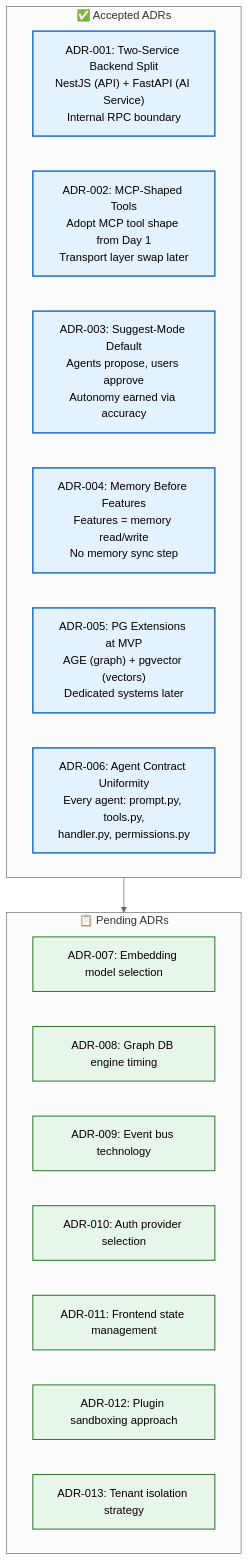
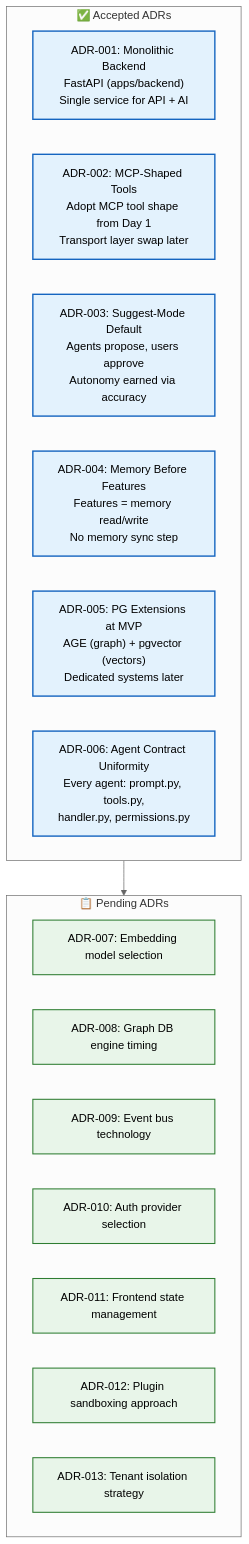
One commit to Driftloom/Vaeloom changed the diagram in docs/architecture/03-adrs.md. Above: the diagram before and after it, drawn with Mermaid (neutral theme). The commit also changed other lines of this file and 159 other files, not shown here.

````diff
--- a/docs/architecture/03-adrs.md
+++ b/docs/architecture/03-adrs.md
@@ -20,29 +30,29 @@
 ```mermaid
 graph TD
     classDef current fill:#e3f2fd,stroke:#1565c0,color:#000,stroke-width:2px
     classDef pending fill:#e8f5e9,stroke:#2e7d32,color:#000,stroke-width:1.5px
 
     subgraph Accepted["✅ Accepted ADRs"]
-        A1["ADR-001: Two-Service Backend Split<br/>NestJS (API) + FastAPI (AI Service)<br/>Internal RPC boundary"]
+        A1["ADR-001: Monolithic Backend<br/>FastAPI (apps/backend)<br/>Single service for API + AI"]
         A2["ADR-002: MCP-Shaped Tools<br/>Adopt MCP tool shape from Day 1<br/>Transport layer swap later"]
         A3["ADR-003: Suggest-Mode Default<br/>Agents propose, users approve<br/>Autonomy earned via accuracy"]
         A4["ADR-004: Memory Before Features<br/>Features = memory read/write<br/>No memory sync step"]
         A5["ADR-005: PG Extensions at MVP<br/>AGE (graph) + pgvector (vectors)<br/>Dedicated systems later"]
         A6["ADR-006: Agent Contract Uniformity<br/>Every agent: prompt.py, tools.py,<br/>handler.py, permissions.py"]
     end
 
     subgraph Pending["📋 Pending ADRs"]
         P1["ADR-007: Embedding model selection"]
         P2["ADR-008: Graph DB engine timing"]
         P3["ADR-009: Event bus technology"]
         P4["ADR-010: Auth provider selection"]
         P5["ADR-011: Frontend state management"]
         P6["ADR-012: Plugin sandboxing approach"]
         P7["ADR-013: Tenant isolation strategy"]
     end
 
     Accepted --> Pending
 
     class A1,A2,A3,A4,A5,A6 current
     class P1,P2,P3,P4,P5,P6,P7 pending
 ```
````
